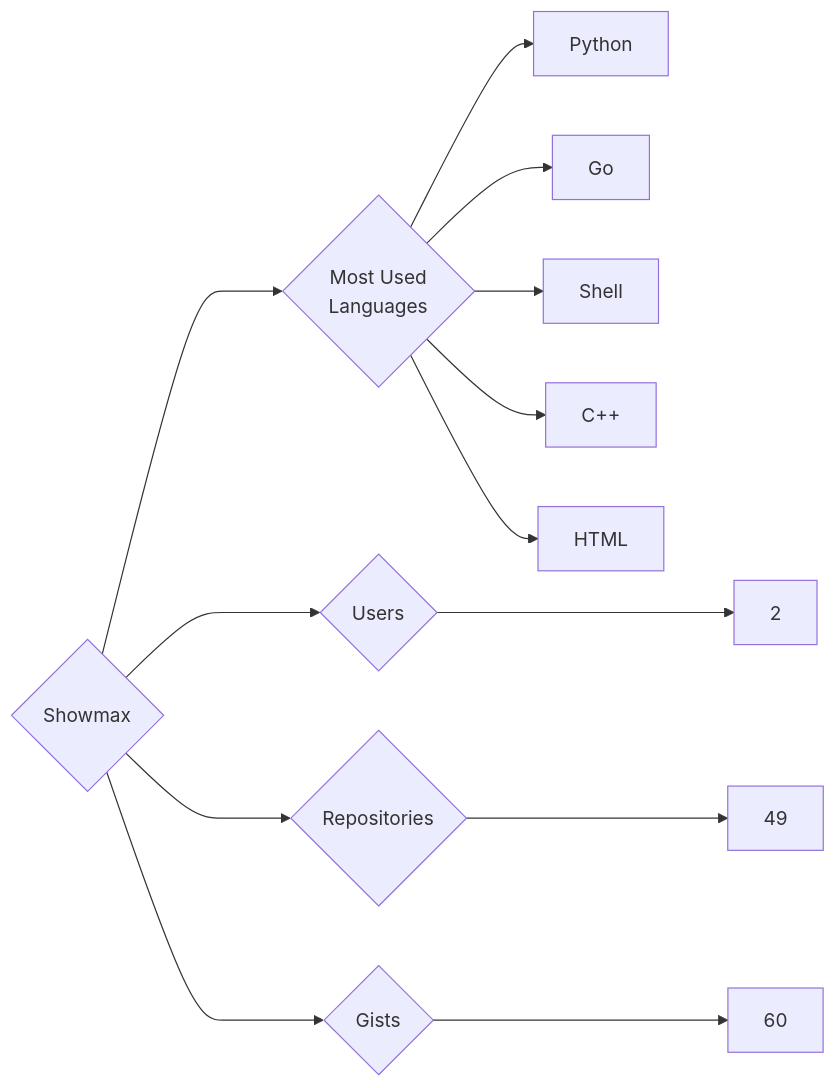
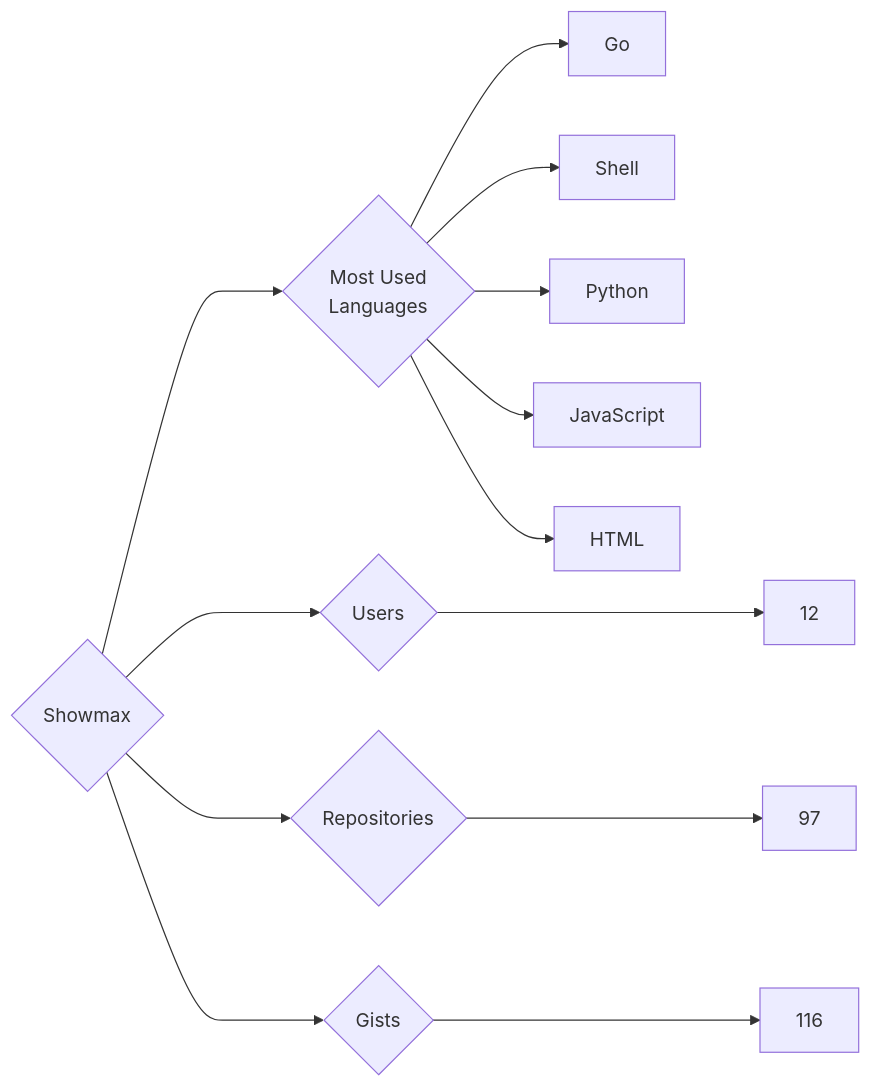
Before and after one commit to trickest/insiders: the diagram in targets/Showmax/README.md, drawn with Mermaid. The commit also changed 953 other files, not shown here.

````diff
--- a/targets/Showmax/README.md
+++ b/targets/Showmax/README.md
@@ -3,13 +3,13 @@
 ```mermaid
 graph LR
 COMPANY_NAME{Showmax}
-COMPANY_NAME ---> U{Users} ---> UN[2]
-COMPANY_NAME ---> R{Repositories} ---> RN[49]
-COMPANY_NAME ---> G{Gists} ---> GN[60]
+COMPANY_NAME ---> U{Users} ---> UN[12]
+COMPANY_NAME ---> R{Repositories} ---> RN[97]
+COMPANY_NAME ---> G{Gists} ---> GN[116]
 COMPANY_NAME ---> ML{Most Used<br>Languages}
-ML --> Python[Python]
 ML --> Go[Go]
 ML --> Shell[Shell]
-ML --> C++[C++]
+ML --> Python[Python]
+ML --> JavaScript[JavaScript]
 ML --> HTML[HTML]
 ```
````
